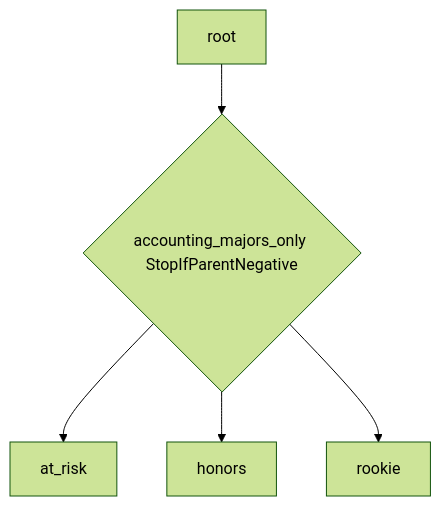
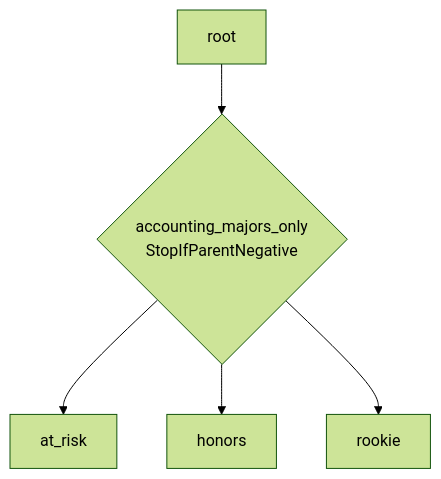
The second of 2 diagrams in guide.md (ezachrisen/indigo), drawn with Mermaid (forest theme) before and after one commit.

Commit message:
added organization

````diff
--- a/guide.md
+++ b/guide.md
@@ -1519,9 +1519,9 @@
 ```mermaid
 graph TD;
 
-root --> accounting_majors_only{accounting_majors_only StopIfParentNegative}; 
+root --> accounting_majors_only{accounting_majors_only <br>StopIfParentNegative}; 
 accounting_majors_only --> at_risk;
 accounting_majors_only --> honors;
 accounting_majors_only --> rookie;
 
 ```
````
